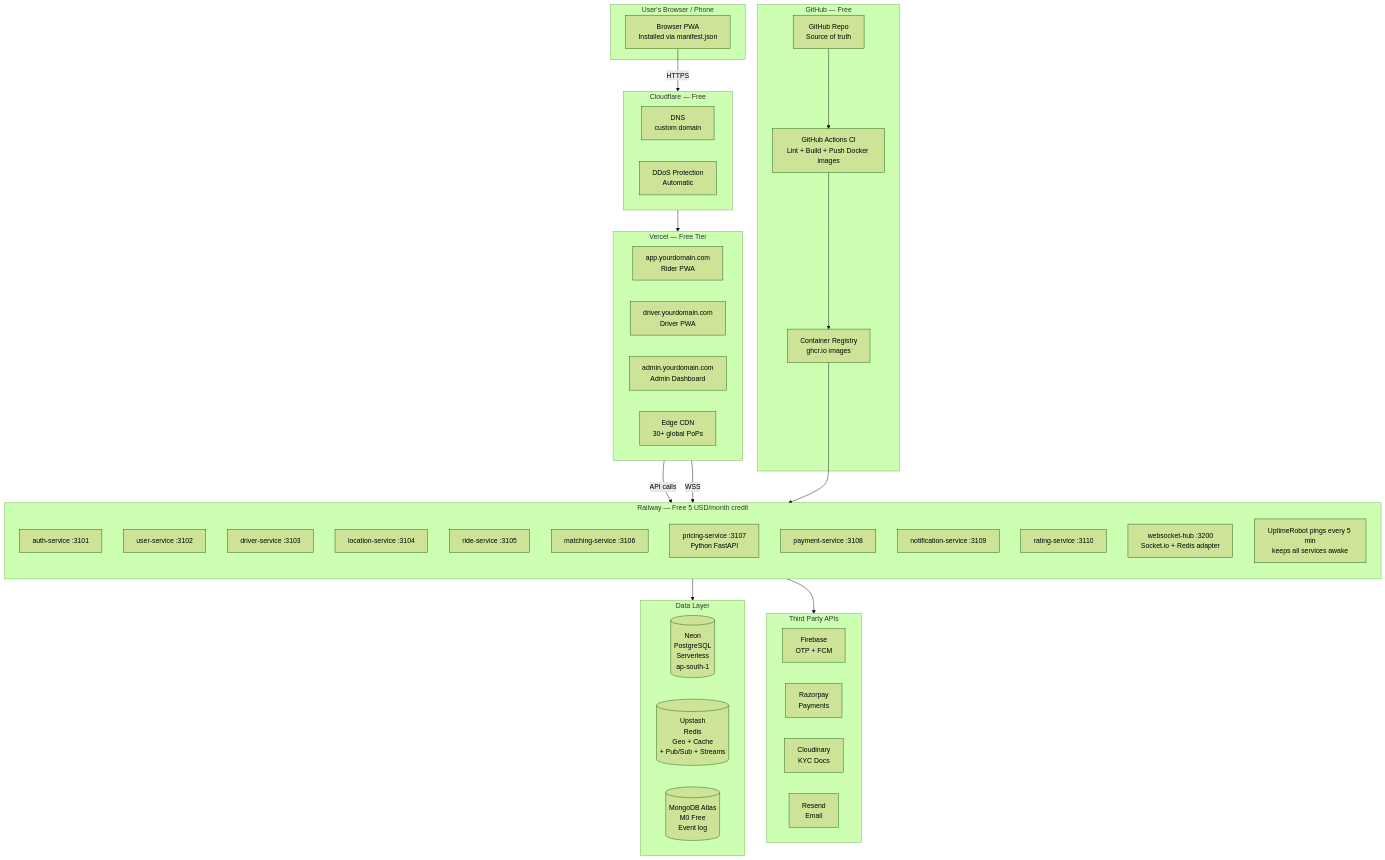
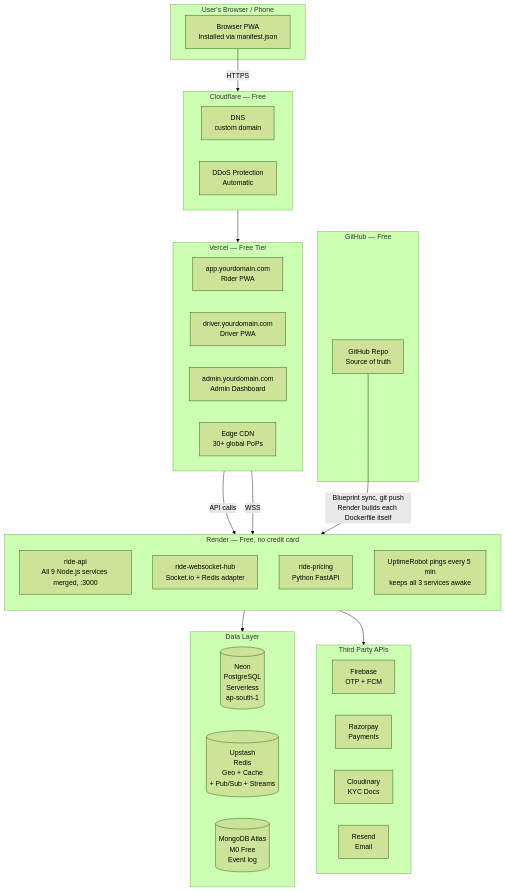
One commit to abhishekc98/ride-sharing-app changed diagram 12 of 12 in ARCHITECTURE.md. Above: the diagram before and after it, drawn with Mermaid (forest theme). The commit also changed other lines of this file and 8 other files, not shown here.

First line of the commit message:
docs: switch deployment story from Railway/ghcr.io to Render Blueprint

````diff
--- a/ARCHITECTURE.md
+++ b/ARCHITECTURE.md
@@ -880,63 +880,53 @@
 ```mermaid
 flowchart TB
     subgraph User["User's Browser / Phone"]
         B[Browser PWA\nInstalled via manifest.json]
     end
 
     subgraph CF["Cloudflare — Free"]
         DNS[DNS\ncustom domain]
         DDOS[DDoS Protection\nAutomatic]
     end
 
     subgraph Vercel["Vercel — Free Tier"]
         V1[app.yourdomain.com\nRider PWA]
         V2[driver.yourdomain.com\nDriver PWA]
         V3[admin.yourdomain.com\nAdmin Dashboard]
         CDN[Edge CDN\n30+ global PoPs]
     end
 
-    subgraph Railway["Railway — Free 5 USD/month credit"]
+    subgraph Render["Render — Free, no credit card"]
         direction TB
-        RW1[auth-service :3101]
-        RW2[user-service :3102]
-        RW3[driver-service :3103]
-        RW4[location-service :3104]
-        RW5[ride-service :3105]
-        RW6[matching-service :3106]
-        RW7[pricing-service :3107\nPython FastAPI]
-        RW8[payment-service :3108]
-        RW9[notification-service :3109]
-        RW10[rating-service :3110]
-        WS[websocket-hub :3200\nSocket.io + Redis adapter]
-        UPT[UptimeRobot pings every 5 min\nkeeps all services awake]
+        RA[ride-api\nAll 9 Node.js services merged, :3000]
+        WS[ride-websocket-hub\nSocket.io + Redis adapter]
+        RP7[ride-pricing\nPython FastAPI]
+        UPT[UptimeRobot pings every 5 min\nkeeps all 3 services awake]
     end
 
     subgraph Data["Data Layer"]
         NEON[(Neon\nPostgreSQL\nServerless\nap-south-1)]
         UPRD[(Upstash\nRedis\nGeo + Cache\n+ Pub/Sub + Streams)]
         ATLAS[(MongoDB Atlas\nM0 Free\nEvent log)]
     end
 
     subgraph ThirdParty["Third Party APIs"]
         FB[Firebase\nOTP + FCM]
         RP[Razorpay\nPayments]
         CDY[Cloudinary\nKYC Docs]
         RSN[Resend\nEmail]
     end
 
-    subgraph GHCR["GitHub — Free"]
-        GH[GitHub Repo\nSource of truth]
-        GA[GitHub Actions CI\nLint + Build + Push Docker images]
-        REG[Container Registry\nghcr.io images]
+    subgraph GH["GitHub — Free"]
+        GHR[GitHub Repo\nSource of truth]
     end
 
     B -->|HTTPS| CF
     CF --> Vercel
-    Vercel -->|API calls| Railway
-    Vercel -->|WSS| Railway
+    Vercel -->|API calls| Render
+    Vercel -->|WSS| Render
 
-    Railway --> Data
-    Railway --> ThirdParty
+    Render --> Data
+    Render --> ThirdParty
 
-    GH --> GA --> REG --> Railway
+    GHR -->|Blueprint sync, git push\nRender builds each Dockerfile itself| Render
 ```
````
